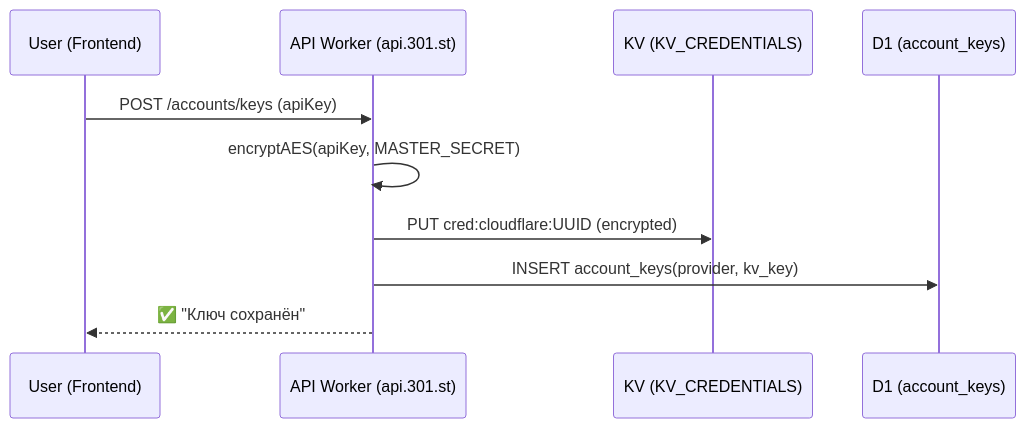
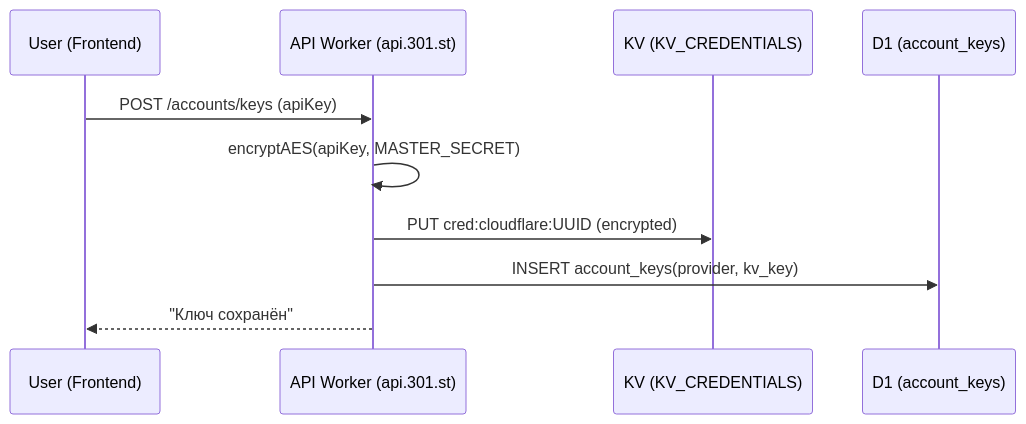
Before and after one commit to admin310st/301: the second of 4 diagrams in wiki/Security.md, drawn with Mermaid. The commit also changed other lines of this file and 1 other file, not shown here.

````diff
--- a/wiki/Security.md
+++ b/wiki/Security.md
@@ -394,13 +420,13 @@
 ```mermaid
 sequenceDiagram
     participant U as User (Frontend)
     participant A as API Worker (api.301.st)
     participant K as KV (KV_CREDENTIALS)
     participant D as D1 (account_keys)
 
     U->>A: POST /accounts/keys (apiKey)
     A->>A: encryptAES(apiKey, MASTER_SECRET)
     A->>K: PUT cred:cloudflare:UUID (encrypted)
     A->>D: INSERT account_keys(provider, kv_key)
-    A-->>U: ✅ "Ключ сохранён"
+    A-->>U: "Ключ сохранён"
 ```
````
